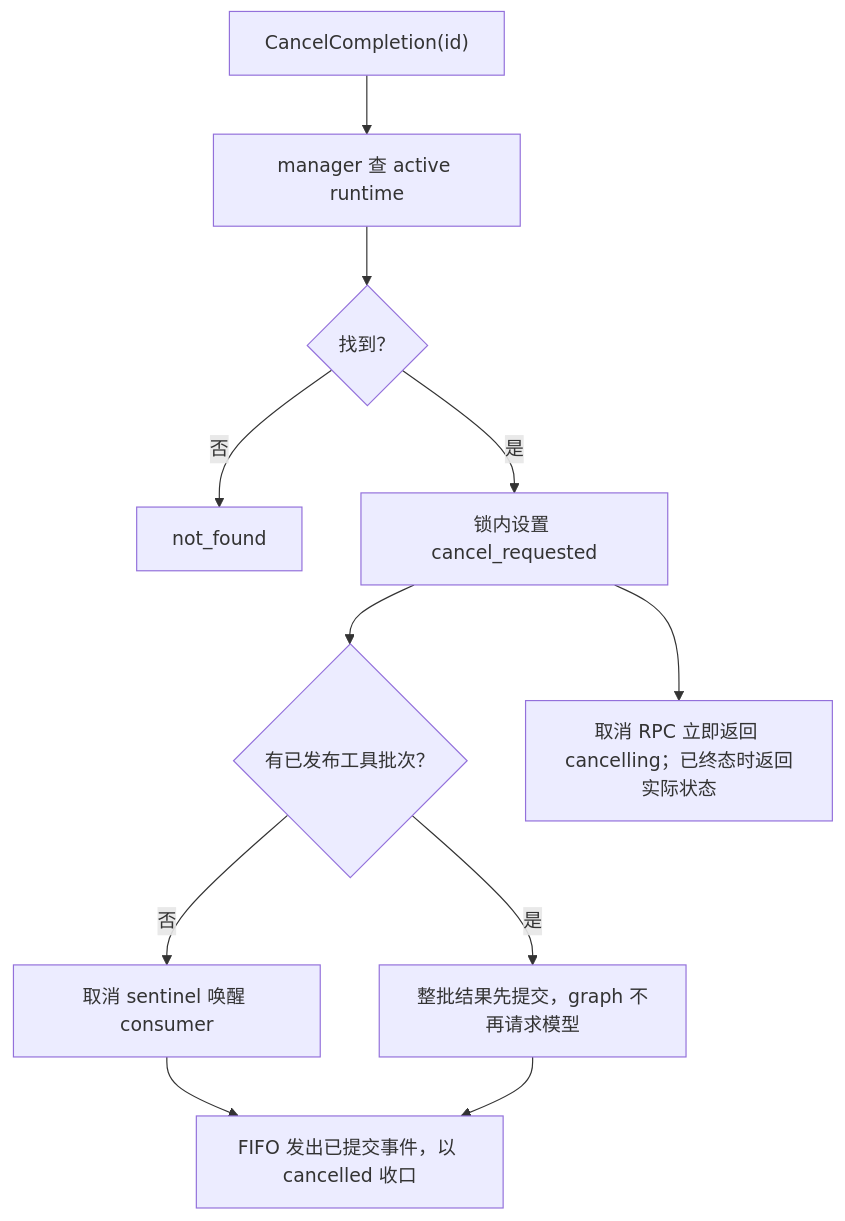
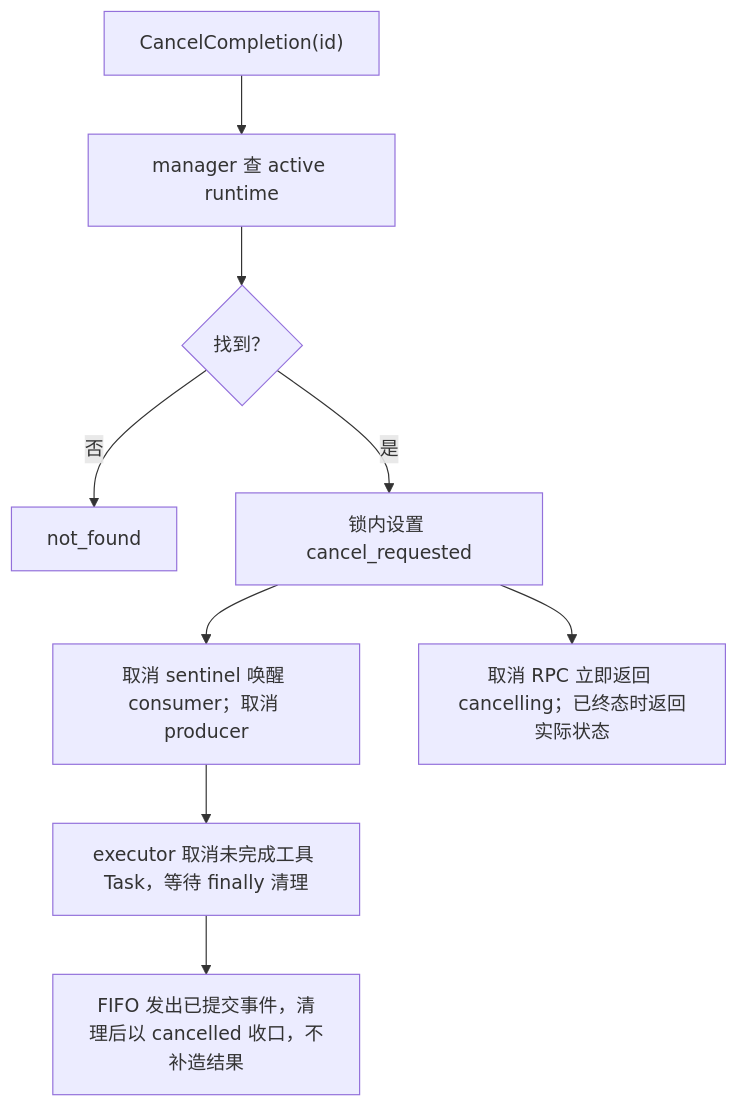
One commit to ADChahaha/TraceAgent changed the second of 3 diagrams in agent/service/file_extraction_agent/docs/flowchart.md. Above: the diagram before and after it, drawn with Mermaid. The commit also changed other lines of this file and 24 other files, not shown here.

````diff
--- a/agent/service/file_extraction_agent/docs/flowchart.md
+++ b/agent/service/file_extraction_agent/docs/flowchart.md
@@ -22,13 +22,11 @@
 ```mermaid
 flowchart TD
     A["CancelCompletion(id)"] --> B["manager 查 active runtime"]
     B --> C{"找到？"}
     C -- 否 --> D["not_found"]
     C -- 是 --> E["锁内设置 cancel_requested"]
-    E --> F{"有已发布工具批次？"}
+    E --> F["取消 sentinel 唤醒 consumer；取消 producer"]
     E --> R["取消 RPC 立即返回 cancelling；已终态时返回实际状态"]
-    F -- 否 --> G["取消 sentinel 唤醒 consumer"]
-    F -- 是 --> H["整批结果先提交，graph 不再请求模型"]
-    G --> I["FIFO 发出已提交事件，以 cancelled 收口"]
-    H --> I
+    F --> G["executor 取消未完成工具 Task，等待 finally 清理"]
+    G --> I["FIFO 发出已提交事件，清理后以 cancelled 收口，不补造结果"]
 ```
````
